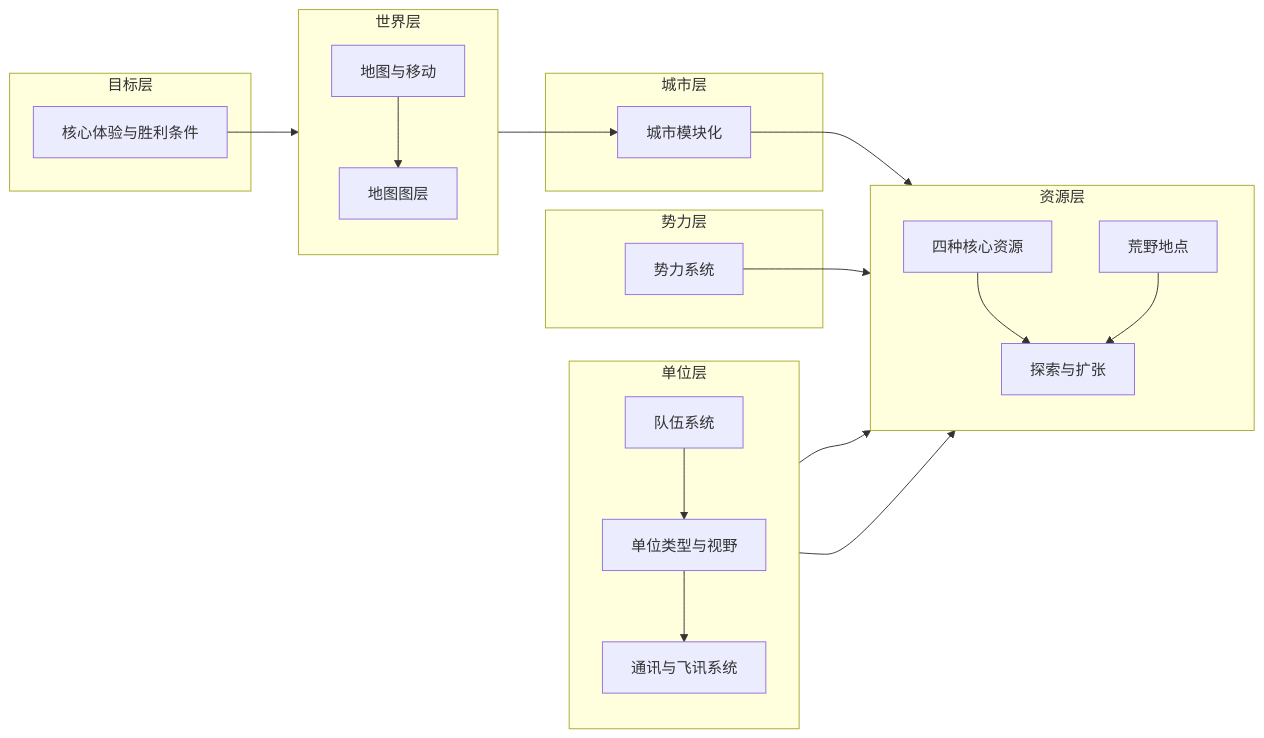
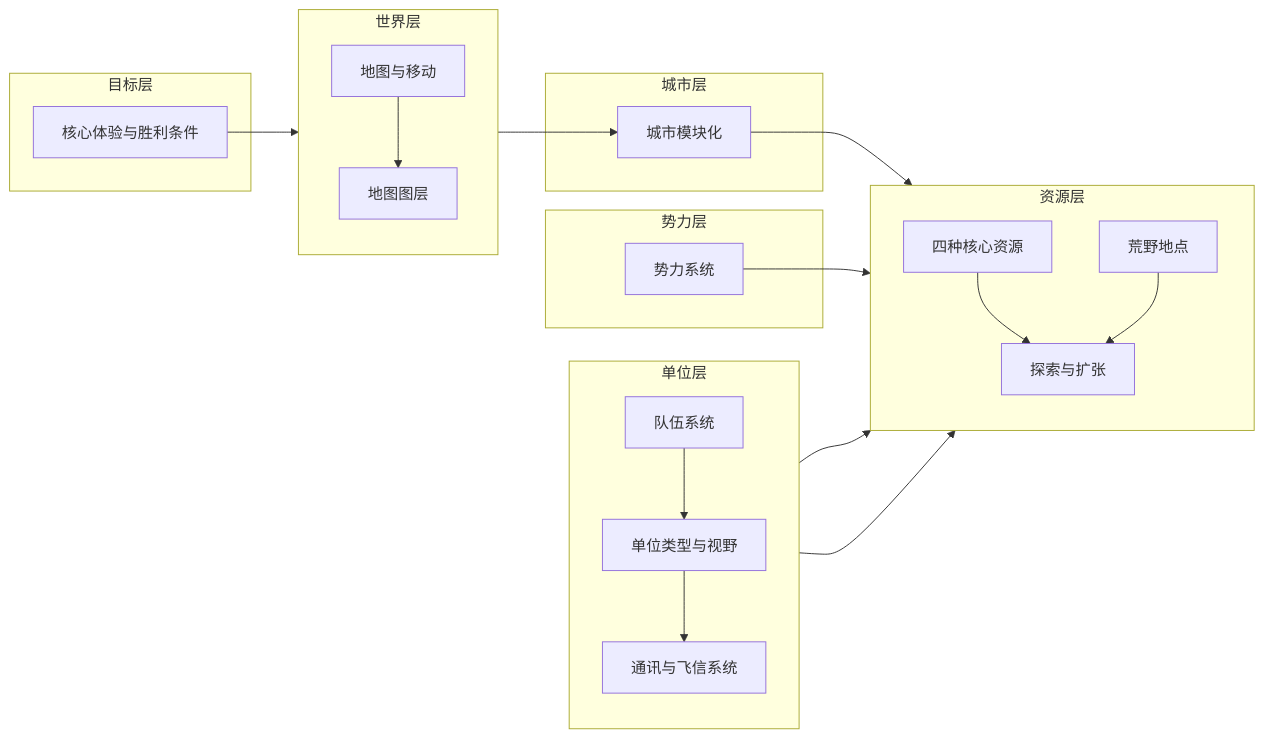
The diagram in Docs/02-系统设计/01-核心系统/README.md (Estrella6066773/DriveToLight), drawn with Mermaid before and after one commit. The commit also changed other lines of this file and 22 other files, not shown here.

````diff
--- a/Docs/02-系统设计/01-核心系统/README.md
+++ b/Docs/02-系统设计/01-核心系统/README.md
@@ -26,40 +26,40 @@
 ```mermaid
 flowchart LR
     subgraph L1["目标层"]
         A[核心体验与胜利条件]
     end
     subgraph L2["世界层"]
         direction TB
         B[地图与移动]
         C[地图图层]
     end
     subgraph L3["城市层"]
         D[城市模块化]
     end
     subgraph L4["资源层"]
         direction TB
         E[四种核心资源]
         F[荒野地点]
         G[探索与扩张]
     end
     subgraph L5["单位层"]
         direction TB
         H[队伍系统]
         I[单位类型与视野]
-        J[通讯与飞讯系统]
+        J[通讯与飞信系统]
     end
     subgraph L6["势力层"]
         K[势力系统]
     end
     A --> B
     B --> C
     B --> D
     D --> G
     E --> G
     F --> G
     H --> I
     I --> J
     H --> G
     J --> G
     K --> G
 ```
````
